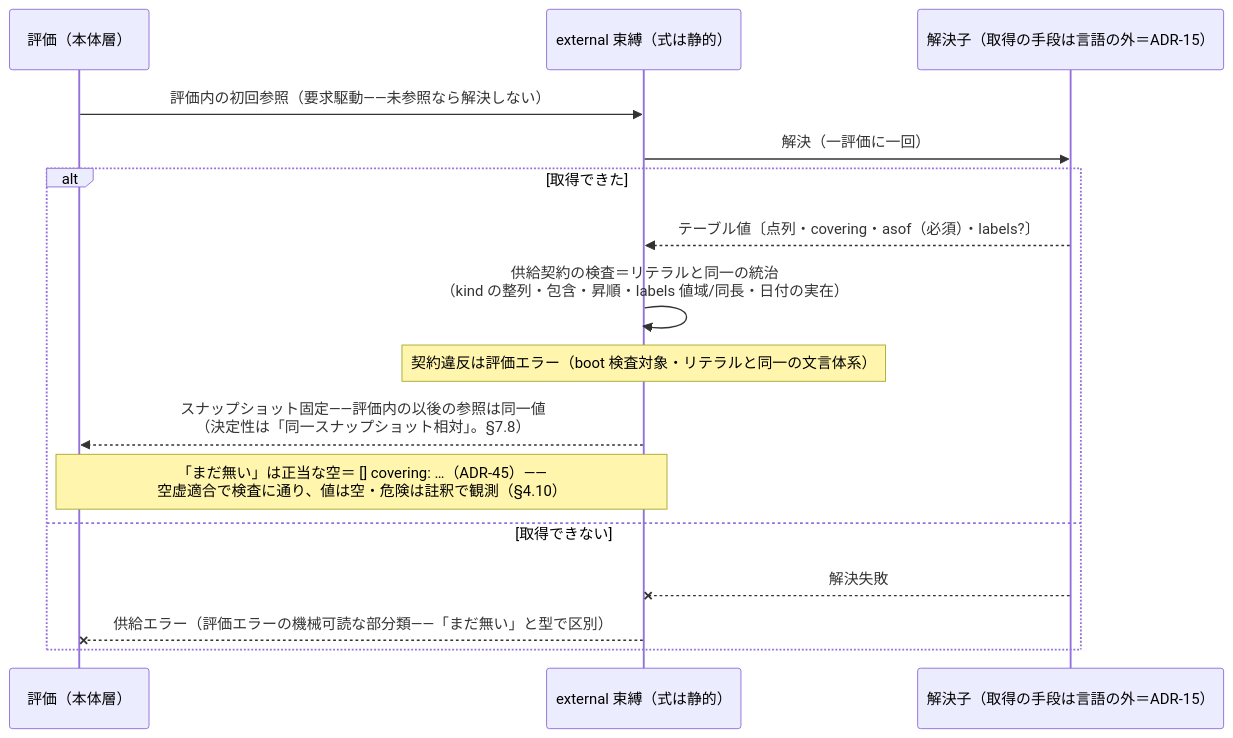
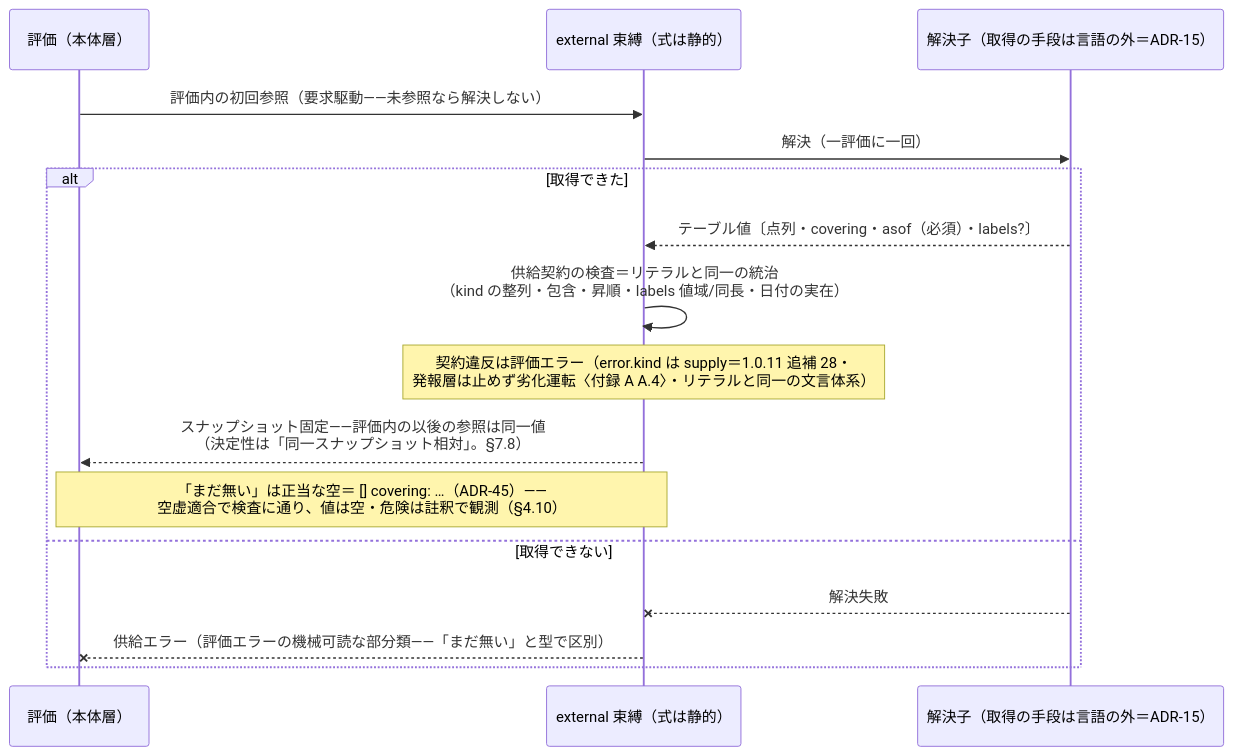
Before and after one commit to azathothx/kairos-lang: the first of 2 diagrams in spec/20-premise-layer.md, drawn with Mermaid. The commit also changed 25 other files, not shown here.

Commit message:
文書（1.0.12 公開後）: 付録 B 供給側プロファイル（spec/61 日英・schema の labels は文字列・ADR-46 改訂 1・文書の追随 4 点）・記述スキル skills/kairos-authoring（日英・doctest 17 本＝879 テスト）・依存の lock 更新（fast-uri 3.1.9・body-parser 2.4.0・mcp の kairos-lang ^1.0.12）

````diff
--- a/spec/20-premise-layer.md
+++ b/spec/20-premise-layer.md
@@ -335,18 +335,18 @@
   ```mermaid
   sequenceDiagram
       participant E as 評価（本体層）
       participant X as external 束縛（式は静的）
       participant R as 解決子（取得の手段は言語の外＝ADR-15）
       E->>X: 評価内の初回参照（要求駆動——未参照なら解決しない）
       X->>R: 解決（一評価に一回）
       alt 取得できた
           R-->>X: テーブル値〔点列・covering・asof（必須）・labels?〕
           X->>X: 供給契約の検査＝リテラルと同一の統治<br/>（kind の整列・包含・昇順・labels 値域/同長・日付の実在）
-          Note over X: 契約違反は評価エラー（boot 検査対象・リテラルと同一の文言体系）
+          Note over X: 契約違反は評価エラー（error.kind は supply＝1.0.11 追補 28・<br/>発報層は止めず劣化運転〈付録 A A.4〉・リテラルと同一の文言体系）
           X-->>E: スナップショット固定——評価内の以後の参照は同一値<br/>（決定性は「同一スナップショット相対」。§7.8）
           Note over E,X: 「まだ無い」は正当な空＝ [] covering: …（ADR-45）——<br/>空虚適合で検査に通り、値は空・危険は註釈で観測（§4.10）
       else 取得できない
           R--xX: 解決失敗
           X--xE: 供給エラー（評価エラーの機械可読な部分類——「まだ無い」と型で区別）
       end
   ```
````
